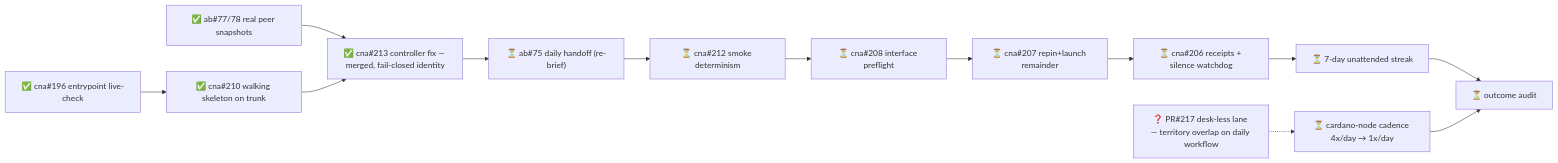
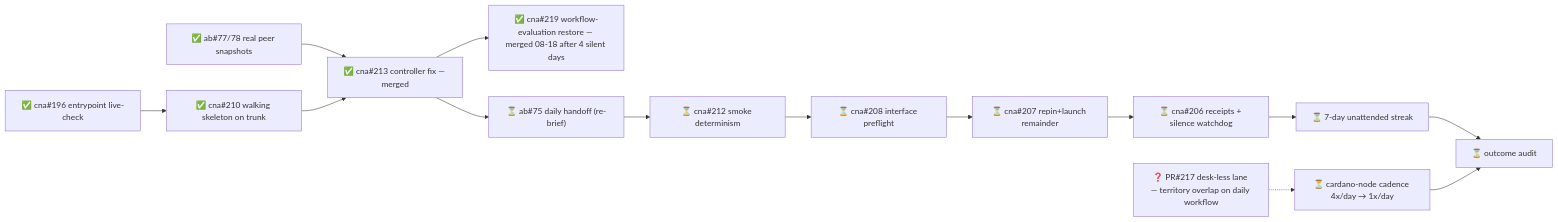
One commit to cardano-foundation/cardano-node-antithesis changed the diagram in .milestones/2/state.md. Above: the diagram before and after it, drawn with Mermaid. The commit also changed other lines of this file and 3 other files, not shown here.

````diff
--- a/.milestones/2/state.md
+++ b/.milestones/2/state.md
@@ -6,12 +6,12 @@
 ```mermaid
 flowchart LR
     e196["✅ cna#196 entrypoint live-check"] --> e210["✅ cna#210 walking skeleton on trunk"]
     p78["✅ ab#77/78 real peer snapshots"] --> e213
-    e210 --> e213["✅ cna#213 controller fix — merged, fail-closed identity"]
+    e210 --> e213["✅ cna#213 controller fix — merged"] --> e219["✅ cna#219 workflow-evaluation restore — merged 08-18 after 4 silent days"]
     e213 --> t75["⏳ ab#75 daily handoff (re-brief)"]
     t75 --> e212["⏳ cna#212 smoke determinism"] --> e208["⏳ cna#208 interface preflight"]
     e208 --> e207["⏳ cna#207 repin+launch remainder"] --> e206["⏳ cna#206 receipts + silence watchdog"]
     e206 --> streak["⏳ 7-day unattended streak"] --> audit["⏳ outcome audit"]
     cad["⏳ cardano-node cadence 4x/day → 1x/day"] --> audit
     foreign["❓ PR#217 desk-less lane — territory overlap on daily workflow"] -.-> cad
 ```
````
